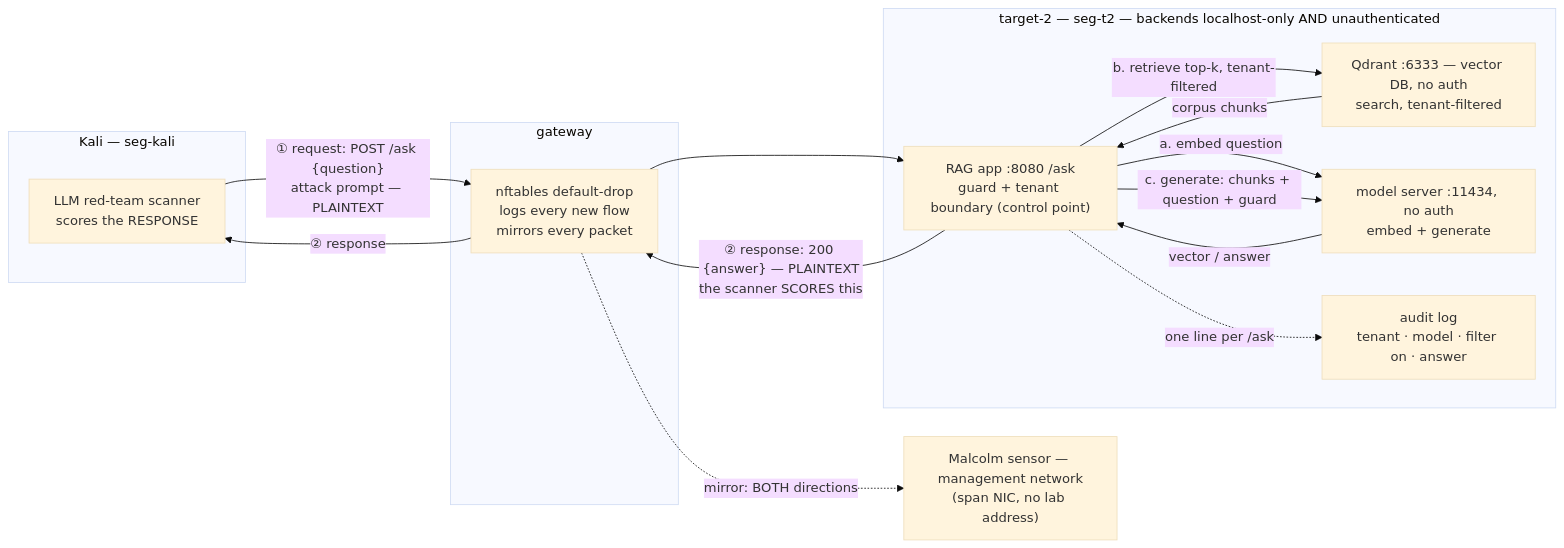
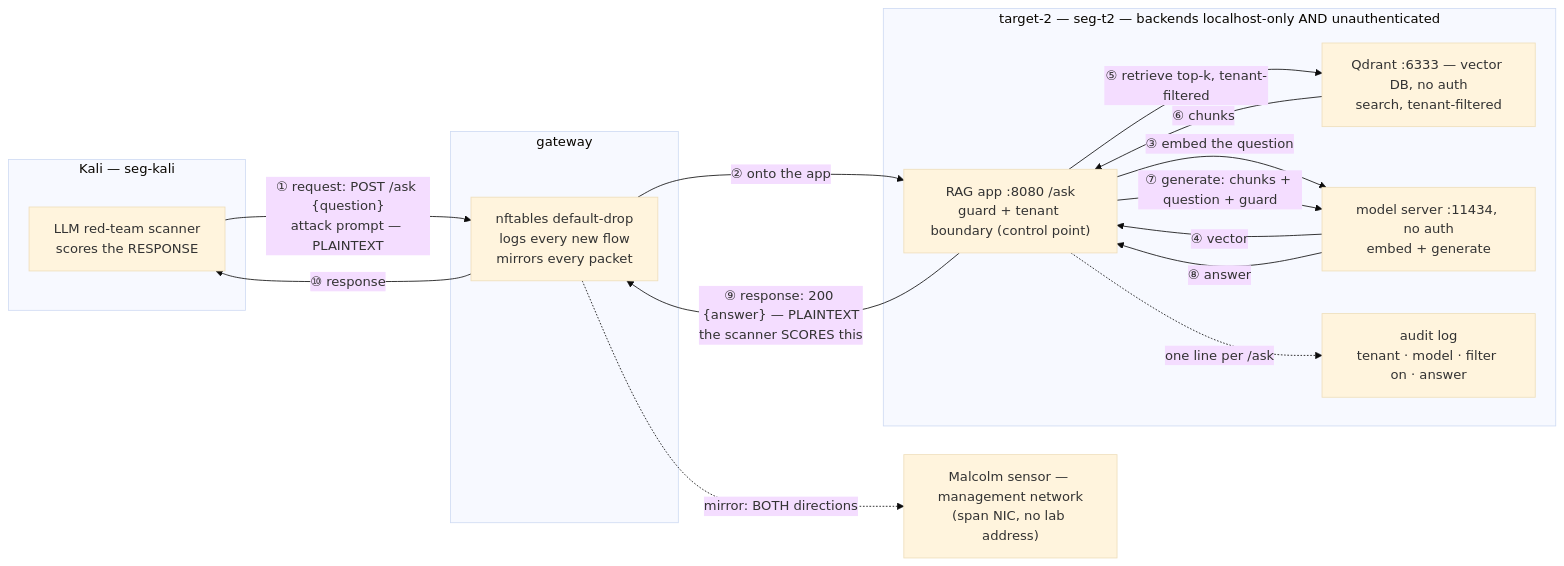
The second of 11 diagrams in lab-journal/rag-and-ai-probe.md (ryayres-fox/Security), drawn with Mermaid (base theme) before and after one commit. The commit also changed other lines of this file and 1 other file, not shown here.

First line of the commit message:
lab-journal: one numbering rule in every diagram, and every flowchart reads left to right

````diff
--- a/lab-journal/rag-and-ai-probe.md
+++ b/lab-journal/rag-and-ai-probe.md
@@ -72,31 +72,32 @@
 ```mermaid
 graph LR
   subgraph KALI["Kali — seg-kali"]
     SQ["LLM red-team scanner<br/>scores the RESPONSE"]
   end
 
   subgraph GW["gateway"]
     FW["nftables default-drop<br/>logs every new flow<br/>mirrors every packet"]
   end
 
   subgraph T2["target-2 — seg-t2 — backends localhost-only AND unauthenticated"]
     RAG["RAG app :8080 /ask<br/>guard + tenant boundary (control point)"]
     QD["Qdrant :6333 — vector DB, no auth<br/>search, tenant-filtered"]
     OLL["model server :11434, no auth<br/>embed + generate"]
     AUD["audit log<br/>tenant · model · filter on · answer"]
   end
 
   SENSOR["Malcolm sensor — management network<br/>(span NIC, no lab address)"]
 
   SQ -->|"① request: POST /ask {question}<br/>attack prompt — PLAINTEXT"| FW
-  FW --> RAG
+  FW -->|"② onto the app"| RAG
   RAG -.->|"one line per /ask"| AUD
-  RAG -->|"a. embed question"| OLL
-  RAG -->|"b. retrieve top-k, tenant-filtered"| QD
-  QD -->|"corpus chunks"| RAG
-  RAG -->|"c. generate: chunks + question + guard"| OLL
-  OLL -->|"vector / answer"| RAG
-  RAG -->|"② response: 200 {answer} — PLAINTEXT<br/>the scanner SCORES this"| FW
-  FW -->|"② response"| SQ
+  RAG -->|"③ embed the question"| OLL
+  RAG -->|"⑤ retrieve top-k, tenant-filtered"| QD
+  QD -->|"⑥ chunks"| RAG
+  RAG -->|"⑦ generate: chunks + question + guard"| OLL
+  OLL -->|"④ vector"| RAG
+  OLL -->|"⑧ answer"| RAG
+  RAG -->|"⑨ response: 200 {answer} — PLAINTEXT<br/>the scanner SCORES this"| FW
+  FW -->|"⑩ response"| SQ
   FW -.->|"mirror: BOTH directions"| SENSOR
 ```
````
